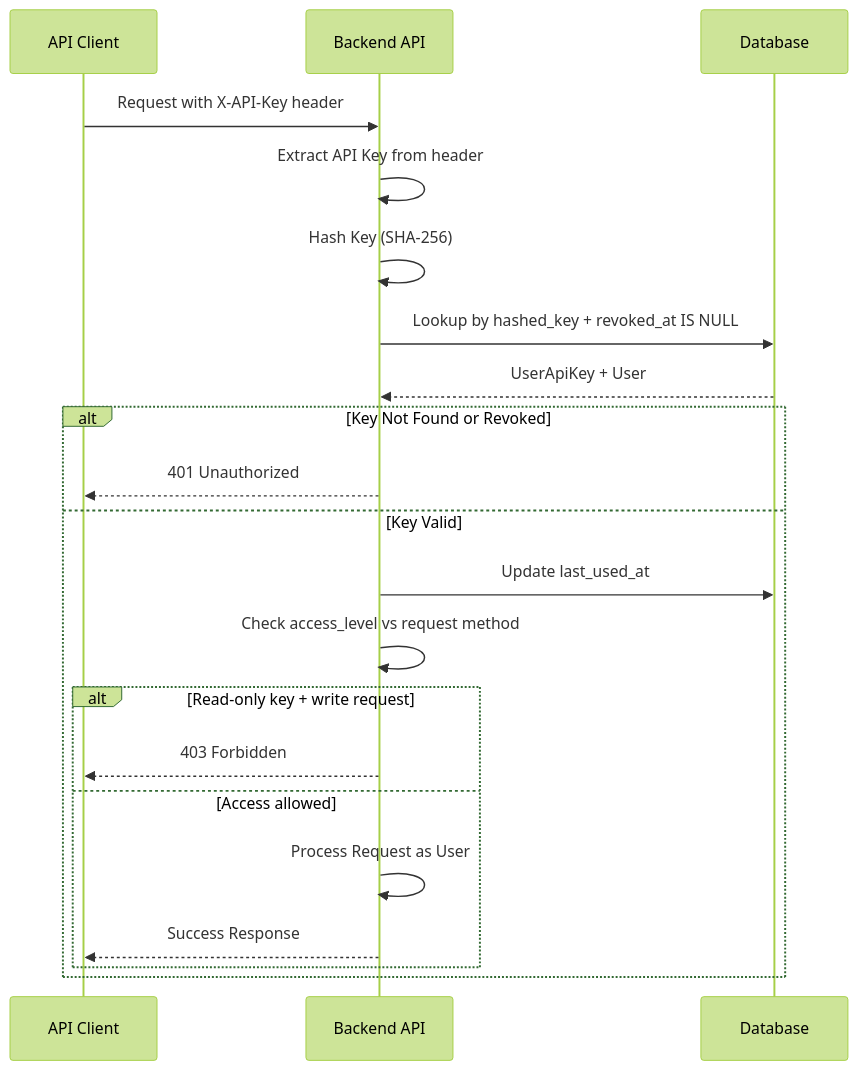
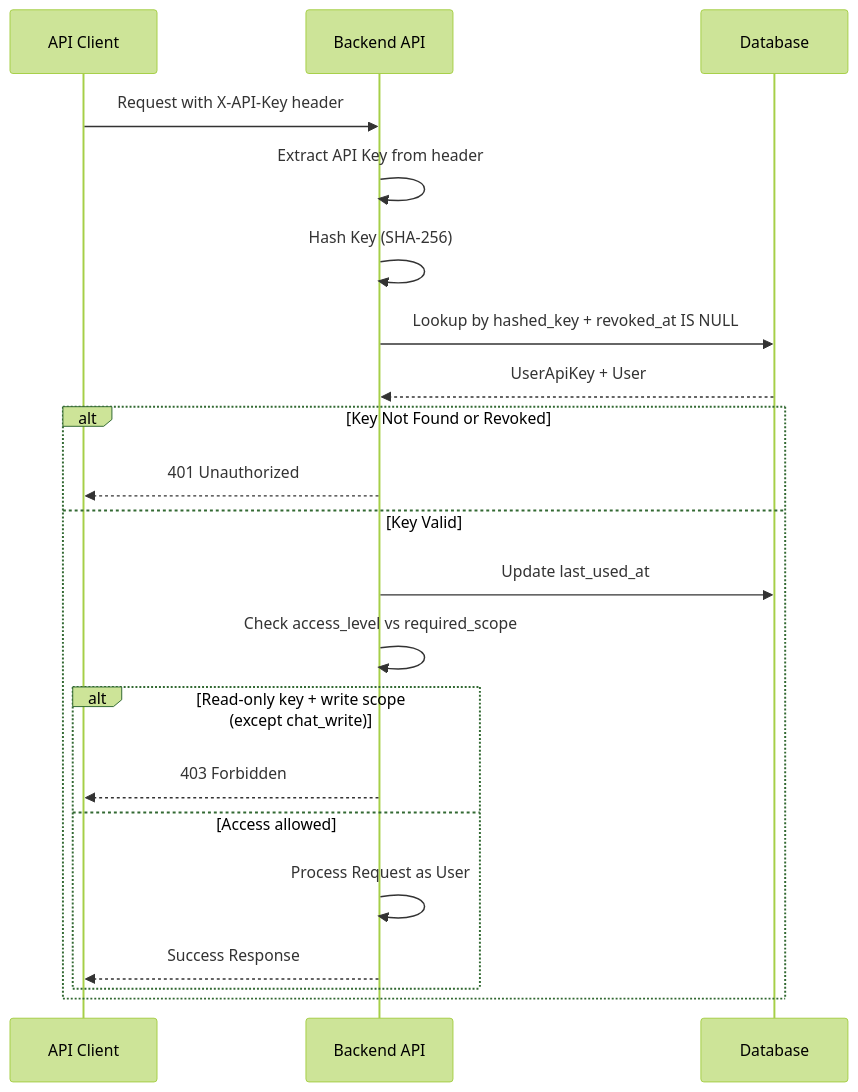
One commit to yukiharada1228/videoq changed the tenth of 11 diagrams in docs/design/sequence-diagram.md. Above: the diagram before and after it, drawn with Mermaid (forest theme). The commit also changed other lines of this file and 5 other files, not shown here.

Commit message:
docs: align diagrams with current API behavior

````diff
--- a/docs/design/sequence-diagram.md
+++ b/docs/design/sequence-diagram.md
@@ -367,25 +367,25 @@
 ```mermaid
 sequenceDiagram
     participant Client as API Client
     participant Backend as Backend API
     participant DB as Database
 
     Client->>Backend: Request with X-API-Key header
     Backend->>Backend: Extract API Key from header
     Backend->>Backend: Hash Key (SHA-256)
     Backend->>DB: Lookup by hashed_key + revoked_at IS NULL
     DB-->>Backend: UserApiKey + User
 
     alt Key Not Found or Revoked
         Backend-->>Client: 401 Unauthorized
     else Key Valid
         Backend->>DB: Update last_used_at
-        Backend->>Backend: Check access_level vs request method
-        alt Read-only key + write request
+        Backend->>Backend: Check access_level vs required_scope
+        alt Read-only key + write scope (except chat_write)
             Backend-->>Client: 403 Forbidden
         else Access allowed
             Backend->>Backend: Process Request as User
             Backend-->>Client: Success Response
         end
     end
 ```
````
